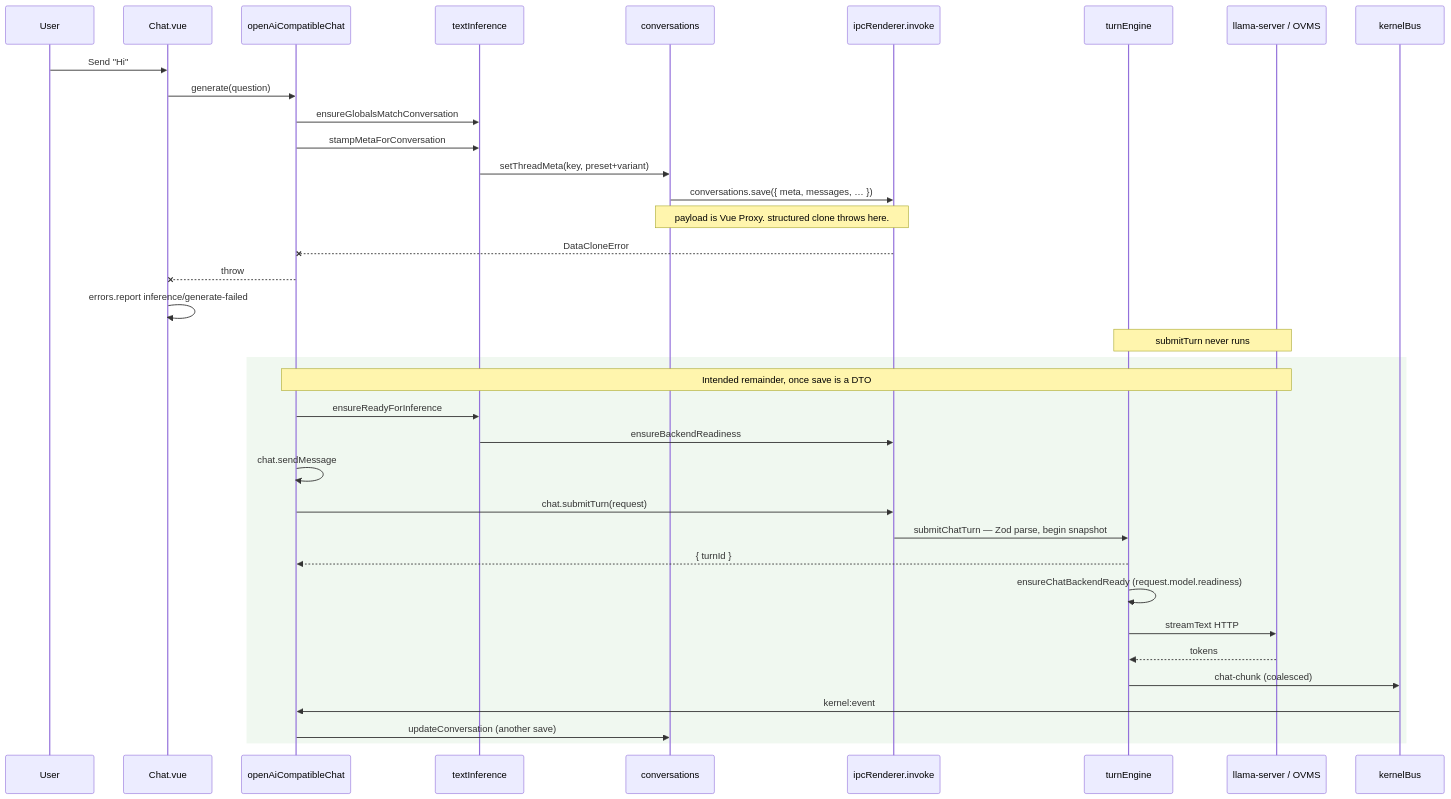
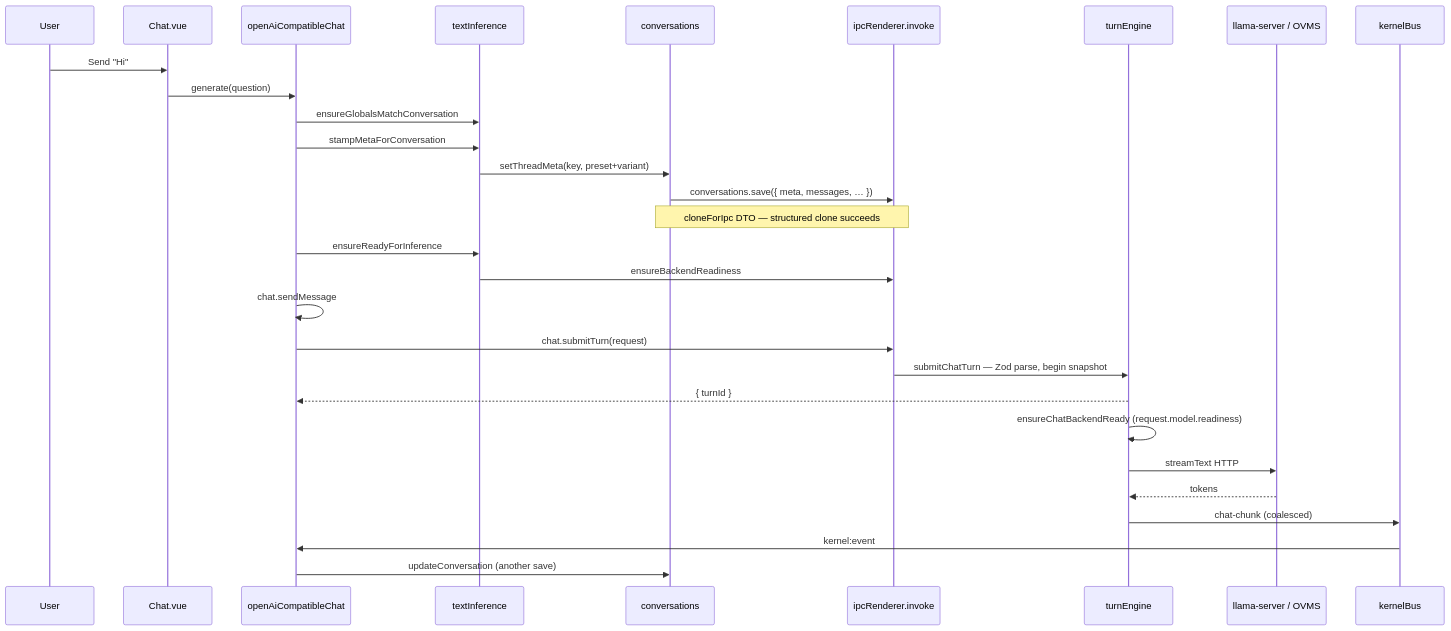
Before and after one commit to TNG/AI-Playground: the fifth of 7 diagrams in docs/architecture-as-landed.md, drawn with Mermaid. The commit also changed other lines of this file and 1 other file, not shown here.

````diff
--- a/docs/architecture-as-landed.md
+++ b/docs/architecture-as-landed.md
@@ -242,40 +244,32 @@
 ```mermaid
 sequenceDiagram
   participant U as User
   participant Chat as Chat.vue
   participant Store as openAiCompatibleChat
   participant TI as textInference
   participant Conv as conversations
   participant IPC as ipcRenderer.invoke
   participant Eng as turnEngine
   participant LLM as llama-server / OVMS
   participant Bus as kernelBus
 
   U->>Chat: Send "Hi"
   Chat->>Store: generate(question)
   Store->>TI: ensureGlobalsMatchConversation
   Store->>TI: stampMetaForConversation
   TI->>Conv: setThreadMeta(key, preset+variant)
   Conv->>IPC: conversations.save({ meta, messages, … })
-  Note over Conv,IPC: payload is Vue Proxy. structured clone throws here.
-  IPC--xStore: DataCloneError
-  Store--xChat: throw
-  Chat->>Chat: errors.report inference/generate-failed
-  Note over Eng,LLM: submitTurn never runs
-
-  rect rgb(240, 248, 240)
-  Note over Store,LLM: Intended remainder, once save is a DTO
+  Note over Conv,IPC: cloneForIpc DTO — structured clone succeeds
   Store->>TI: ensureReadyForInference
   TI->>IPC: ensureBackendReadiness
   Store->>Store: chat.sendMessage
   Store->>IPC: chat.submitTurn(request)
   IPC->>Eng: submitChatTurn — Zod parse, begin snapshot
   Eng-->>Store: { turnId }
   Eng->>Eng: ensureChatBackendReady (request.model.readiness)
   Eng->>LLM: streamText HTTP
   LLM-->>Eng: tokens
   Eng->>Bus: chat-chunk (coalesced)
   Bus->>Store: kernel:event
   Store->>Conv: updateConversation (another save)
-  end
 ```
````
